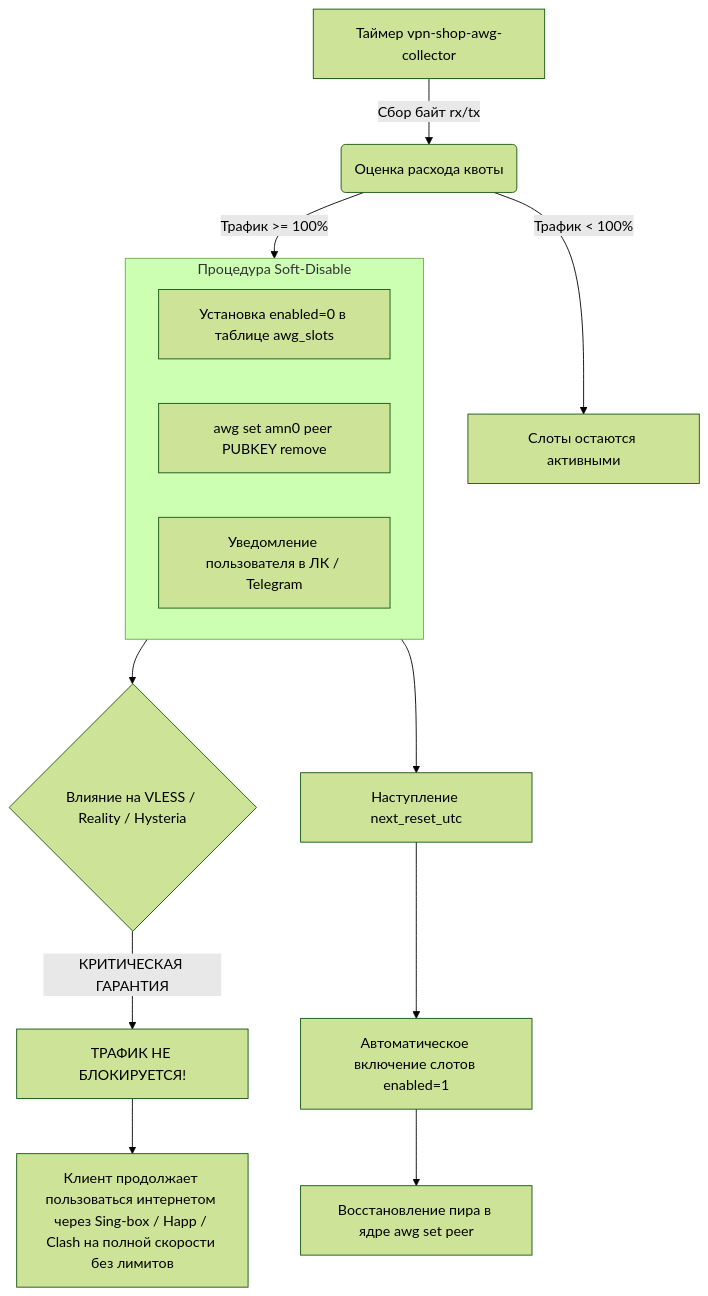
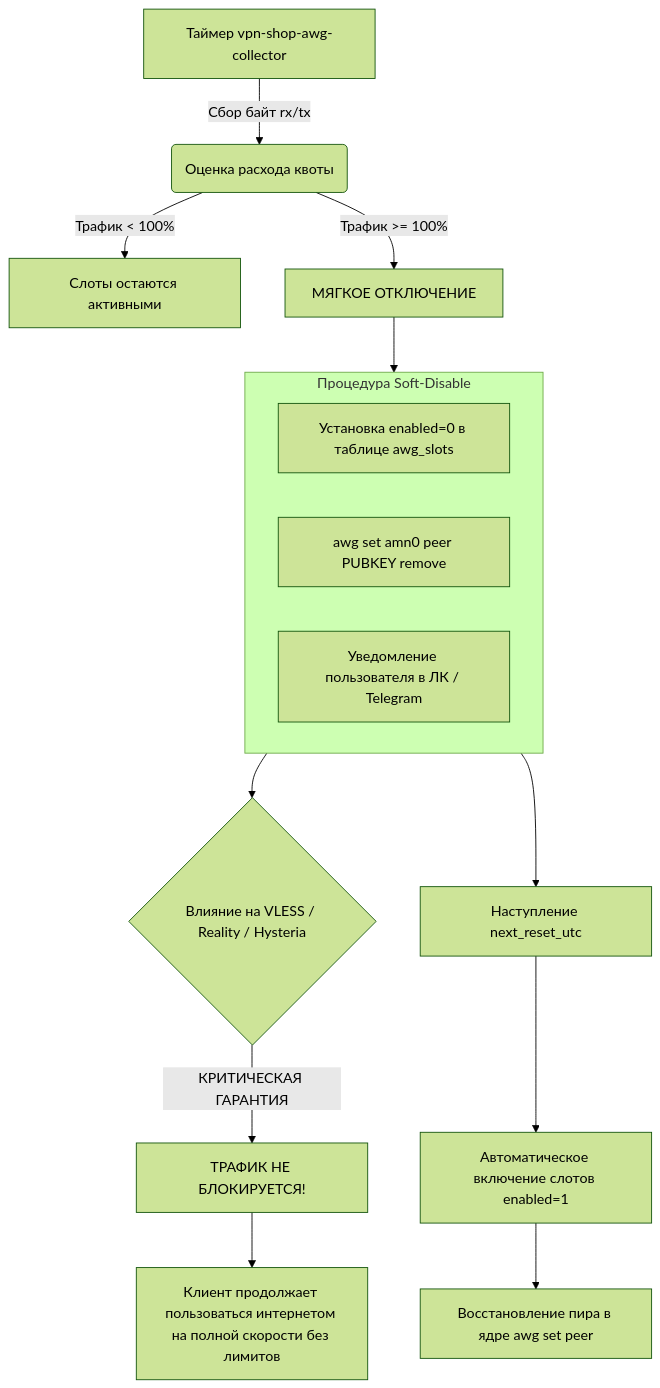
The diagram in AMNEZIA_SLOTS.md (Nikitzima/SilentConnect), drawn with Mermaid (forest theme) before and after one commit. The commit also changed 2 other files, not shown here.

Commit message:
docs(diagrams): fix mermaid syntax errors, unquoted angle brackets, and subgraph collisions

````diff
--- a/AMNEZIA_SLOTS.md
+++ b/AMNEZIA_SLOTS.md
@@ -98,20 +98,21 @@
 ```mermaid
 flowchart TD
-    A[Таймер vpn-shop-awg-collector] -->|Сбор байт rx/tx| B(Оценка расхода квоты)
-    B -->|Трафик < 100%| C[Слоты остаются активными]
-    B -->|Трафик >= 100%| D[МЯГКОЕ ОТКЛЮЧЕНИЕ]
+    A["Таймер vpn-shop-awg-collector"] -->|Сбор байт rx/tx| B("Оценка расхода квоты")
+    B -->|"Трафик < 100%"| C["Слоты остаются активными"]
+    B -->|"Трафик >= 100%"| D["МЯГКОЕ ОТКЛЮЧЕНИЕ"]
     
-    subgraph D [Процедура Soft-Disable]
-        D1[Установка enabled=0 в таблице awg_slots]
-        D2[awg set amn0 peer PUBKEY remove]
-        D3[Уведомление пользователя в ЛК / Telegram]
+    subgraph SD ["Процедура Soft-Disable"]
+        D1["Установка enabled=0 в таблице awg_slots"]
+        D2["awg set amn0 peer PUBKEY remove"]
+        D3["Уведомление пользователя в ЛК / Telegram"]
     end
     
-    D --> E{Влияние на VLESS / Reality / Hysteria}
-    E -->|КРИТИЧЕСКАЯ ГАРАНТИЯ| F[ТРАФИК НЕ БЛОКИРУЕТСЯ!]
-    F --> G[Клиент продолжает пользоваться интернетом через Sing-box / Happ / Clash на полной скорости без лимитов]
+    D --> SD
+    SD --> E{"Влияние на VLESS / Reality / Hysteria"}
+    E -->|КРИТИЧЕСКАЯ ГАРАНТИЯ| F["ТРАФИК НЕ БЛОКИРУЕТСЯ!"]
+    F --> G["Клиент продолжает пользоваться интернетом на полной скорости без лимитов"]
     
-    D --> H[Наступление next_reset_utc]
-    H --> I[Автоматическое включение слотов enabled=1]
-    I --> J[Восстановление пира в ядре awg set peer]
+    SD --> H["Наступление next_reset_utc"]
+    H --> I["Автоматическое включение слотов enabled=1"]
+    I --> J["Восстановление пира в ядре awg set peer"]
 ```
````
